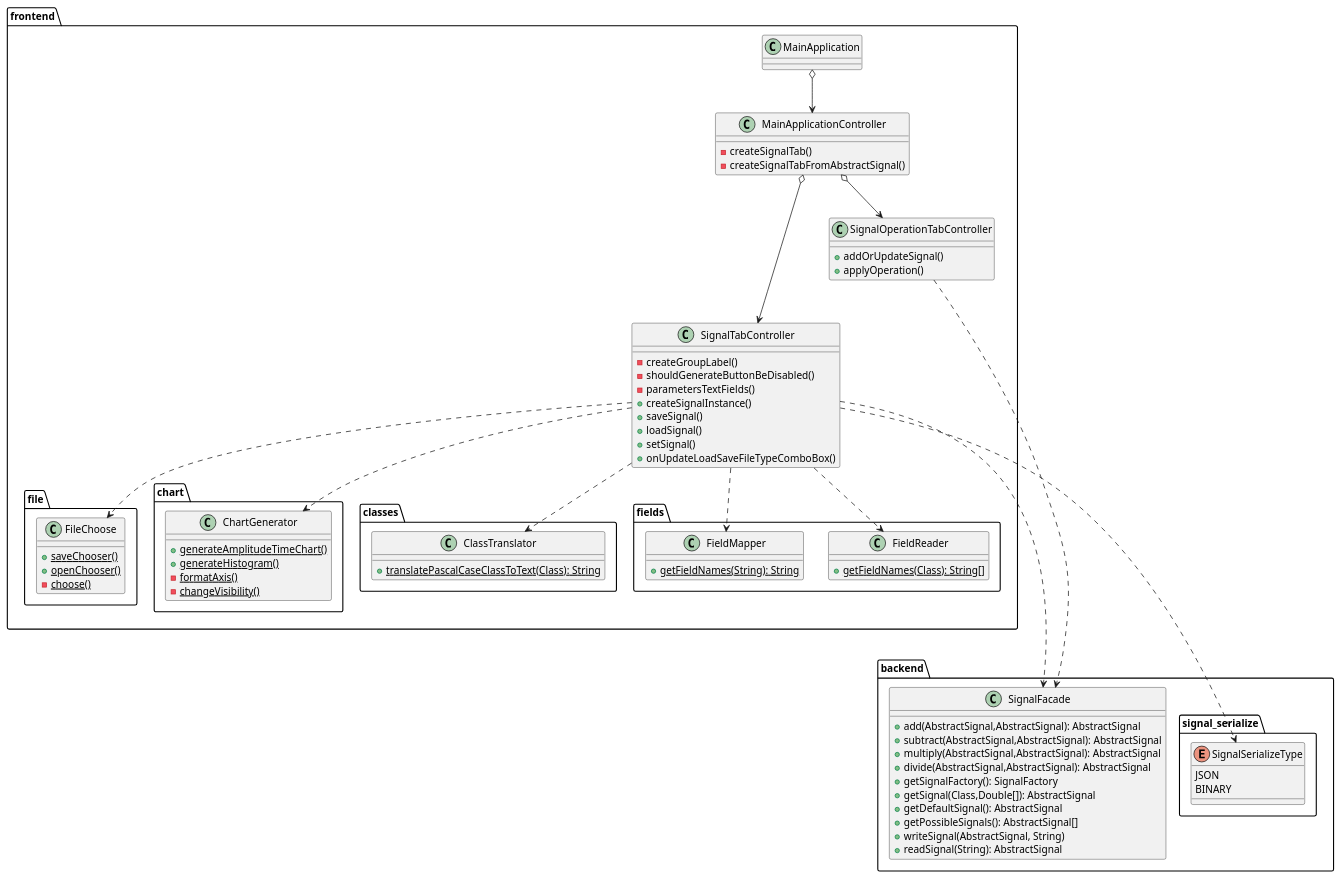
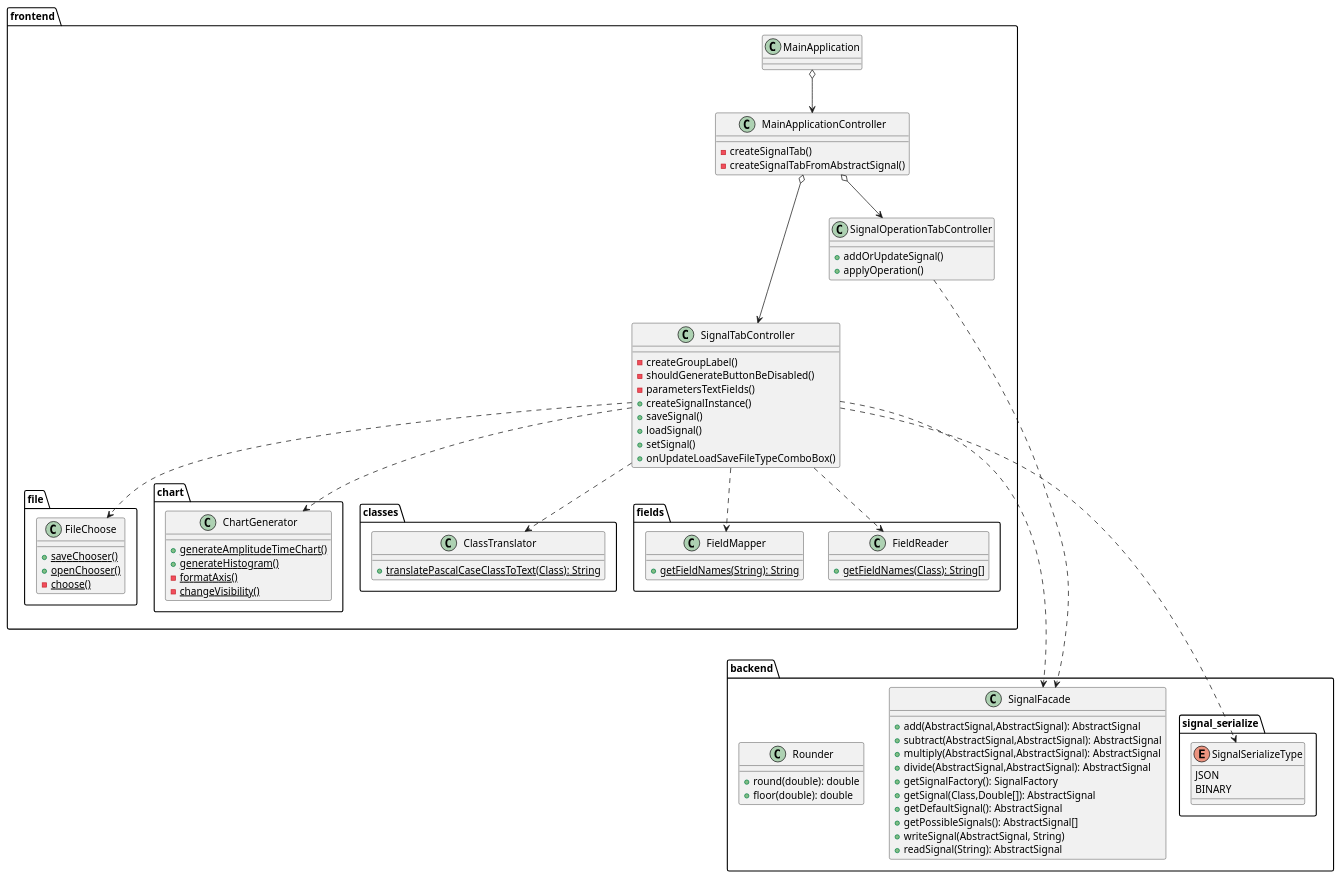
The first of 3 diagrams in README.md (RadekBucki/DigitalSignalProcessing), drawn with PlantUML before and after one commit. The commit also changed other lines of this file and 6 other files, not shown here.

Commit message:
UML and SonarLint errors

```diff
--- a/README.md
+++ b/README.md
@@ -76,6 +76,10 @@
         + writeSignal(AbstractSignal, String)
         + readSignal(String): AbstractSignal
     }
+    class Rounder {
+        + round(double): double
+        + floor(double): double
+    }
     package signal_serialize {
        
         enum SignalSerializeType {
```
